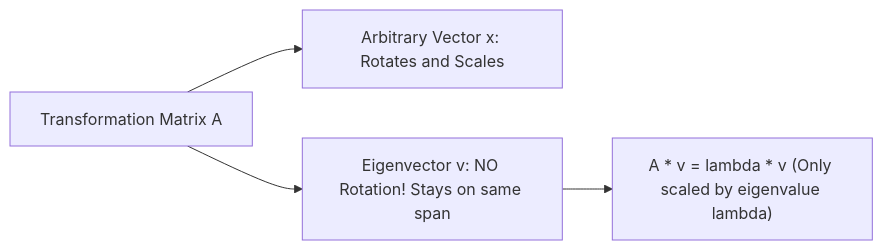
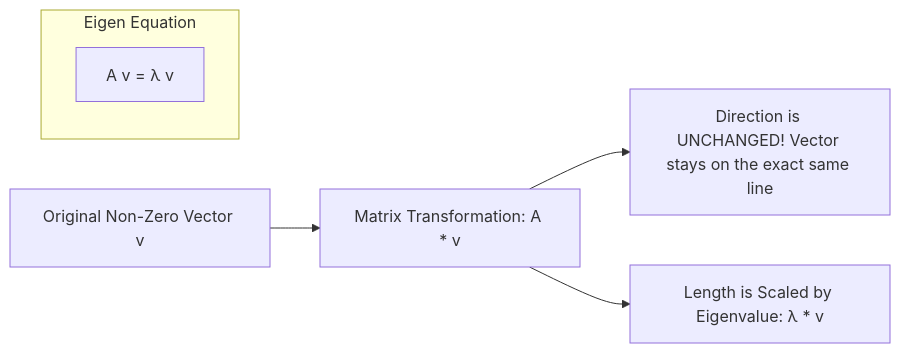
The diagram in lecture_21/Notes_21.15/README.md (S1h2i3v4a/AI_ML), drawn with Mermaid before and after one commit. The commit also changed other lines of this file and 203 other files, not shown here.

Commit message:
docs(lectures 19-21): align notes with video lectures, add blackboard diagrams, clean structured functions, and compile vector PDFs

````diff
--- a/lecture_21/Notes_21.15/README.md
+++ b/lecture_21/Notes_21.15/README.md
@@ -15,6 +10,10 @@
 ```mermaid
 flowchart LR
-    A["Transformation Matrix A"] --> B["Arbitrary Vector x: Rotates and Scales"]
-    A --> C["Eigenvector v: NO Rotation! Stays on same span"]
-    C --> D["A * v = lambda * v (Only scaled by eigenvalue lambda)"]
+    Vector["Original Non-Zero Vector v"] --> Transform["Matrix Transformation: A * v"]
+    Transform --> Direction["Direction is UNCHANGED! Vector stays on the exact same line"]
+    Transform --> Scale["Length is Scaled by Eigenvalue: λ * v"]
+    
+    subgraph FundamentalEquation["Eigen Equation"]
+        Eq["A v = λ v"]
+    end
 ```
````
